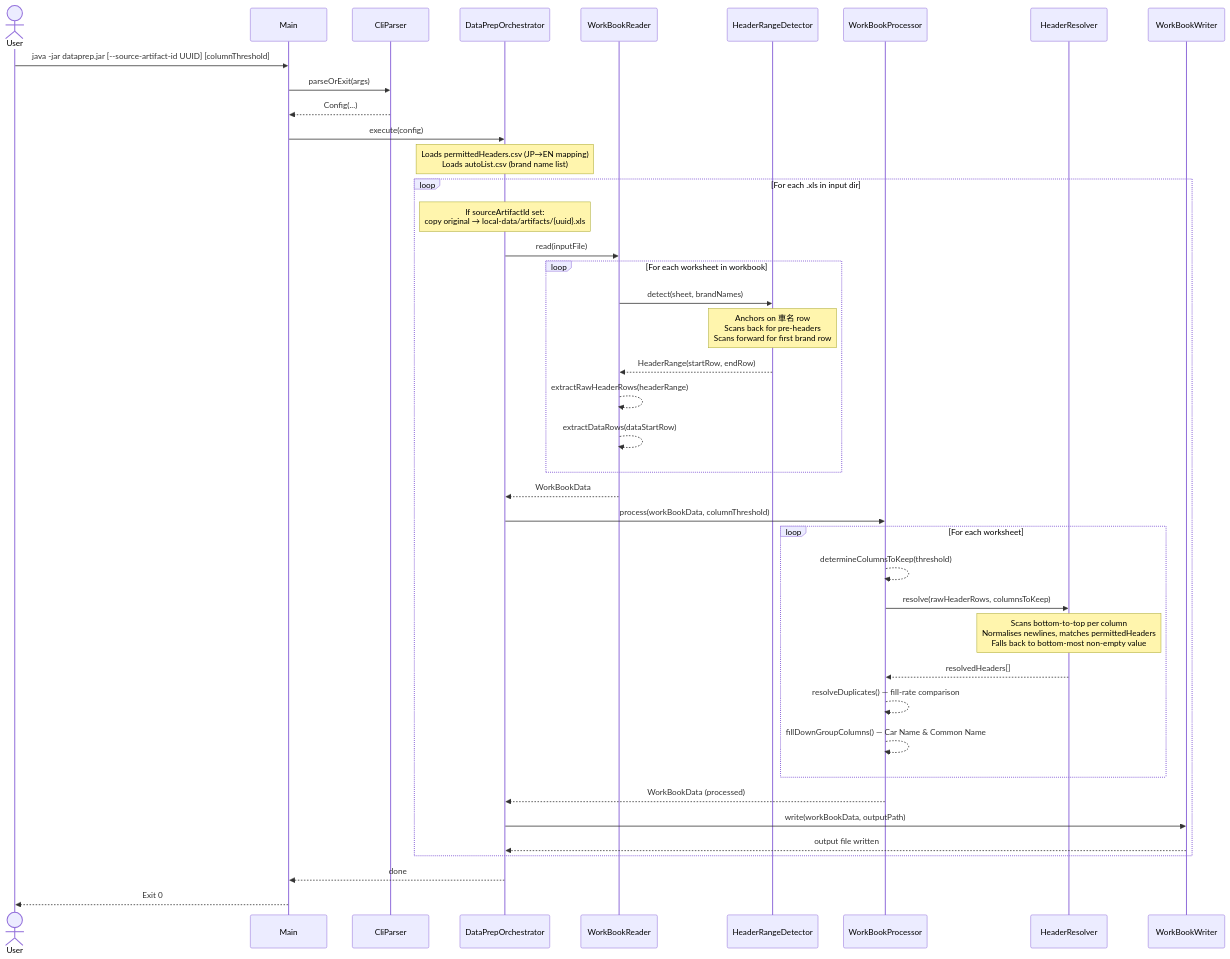
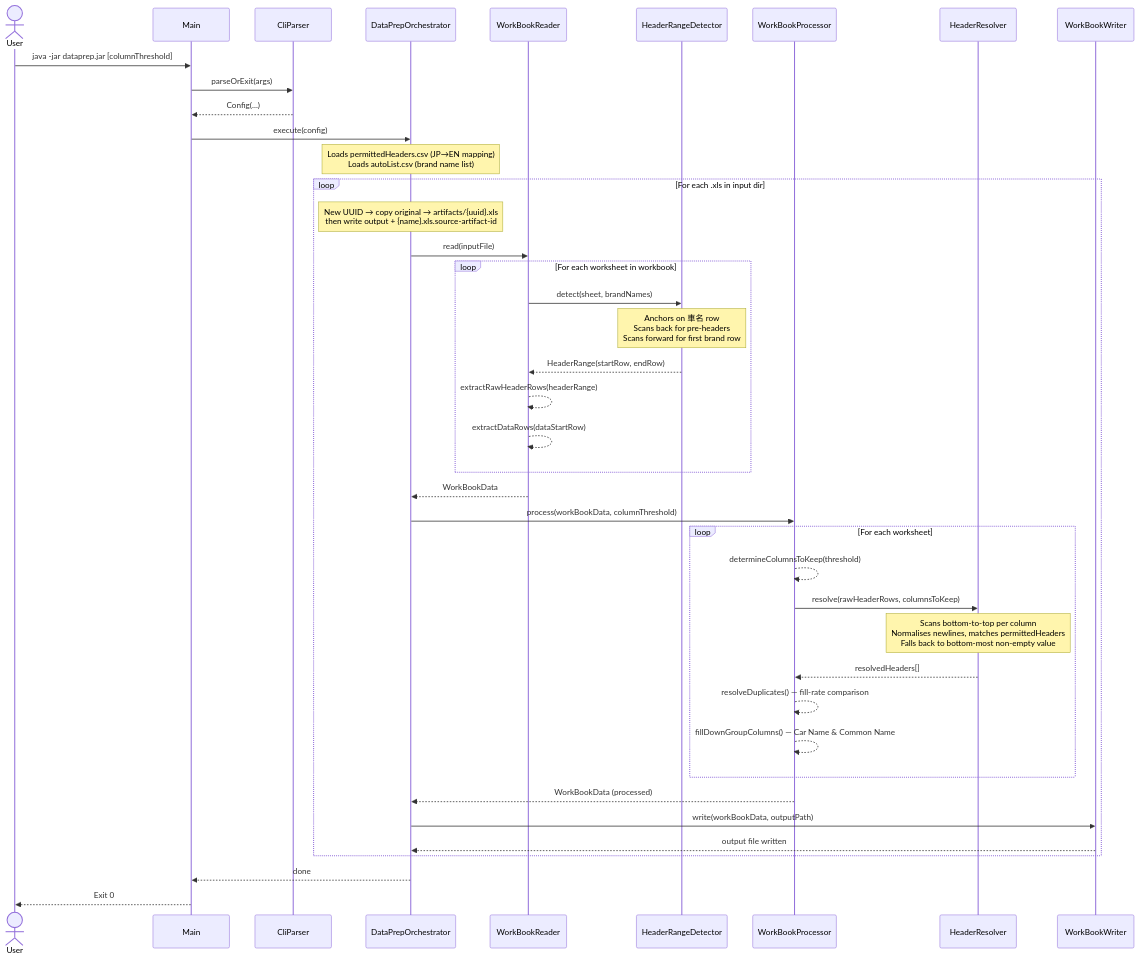
The diagram in README.md (DylanBrennan92/DataPrep), drawn with Mermaid before and after one commit. The commit also changed other lines of this file and 11 other files, not shown here.

Commit message:
feat: tracking every file with source artifact id implicitly

````diff
--- a/README.md
+++ b/README.md
@@ -20,44 +20,44 @@
 ```mermaid
 sequenceDiagram
     actor User
     participant Main
     participant CliParser
     participant DataPrepOrchestrator
     participant WorkBookReader
     participant HeaderRangeDetector
     participant WorkBookProcessor
     participant HeaderResolver
     participant WorkBookWriter
 
-    User->>Main: java -jar dataprep.jar [--source-artifact-id UUID] [columnThreshold]
+    User->>Main: java -jar dataprep.jar [columnThreshold]
     Main->>CliParser: parseOrExit(args)
     CliParser-->>Main: Config(...)
     Main->>DataPrepOrchestrator: execute(config)
     Note over DataPrepOrchestrator: Loads permittedHeaders.csv (JP→EN mapping)<br/>Loads autoList.csv (brand name list)
     loop For each .xls in input dir
-        Note over DataPrepOrchestrator: If sourceArtifactId set:<br/>copy original → local-data/artifacts/{uuid}.xls
+        Note over DataPrepOrchestrator: New UUID → copy original → artifacts/{uuid}.xls<br/>then write output + {name}.xls.source-artifact-id
         DataPrepOrchestrator->>WorkBookReader: read(inputFile)
         loop For each worksheet in workbook
             WorkBookReader->>HeaderRangeDetector: detect(sheet, brandNames)
             Note over HeaderRangeDetector: Anchors on 車名 row<br/>Scans back for pre-headers<br/>Scans forward for first brand row
             HeaderRangeDetector-->>WorkBookReader: HeaderRange(startRow, endRow)
             WorkBookReader-->>WorkBookReader: extractRawHeaderRows(headerRange)
             WorkBookReader-->>WorkBookReader: extractDataRows(dataStartRow)
         end
         WorkBookReader-->>DataPrepOrchestrator: WorkBookData
         DataPrepOrchestrator->>WorkBookProcessor: process(workBookData, columnThreshold)
         loop For each worksheet
             WorkBookProcessor-->>WorkBookProcessor: determineColumnsToKeep(threshold)
             WorkBookProcessor->>HeaderResolver: resolve(rawHeaderRows, columnsToKeep)
             Note over HeaderResolver: Scans bottom-to-top per column<br/>Normalises newlines, matches permittedHeaders<br/>Falls back to bottom-most non-empty value
             HeaderResolver-->>WorkBookProcessor: resolvedHeaders[]
             WorkBookProcessor-->>WorkBookProcessor: resolveDuplicates() — fill-rate comparison
             WorkBookProcessor-->>WorkBookProcessor: fillDownGroupColumns() — Car Name & Common Name
         end
         WorkBookProcessor-->>DataPrepOrchestrator: WorkBookData (processed)
         DataPrepOrchestrator->>WorkBookWriter: write(workBookData, outputPath)
         WorkBookWriter-->>DataPrepOrchestrator: output file written
     end
     DataPrepOrchestrator-->>Main: done
     Main-->>User: Exit 0
 ```
````
